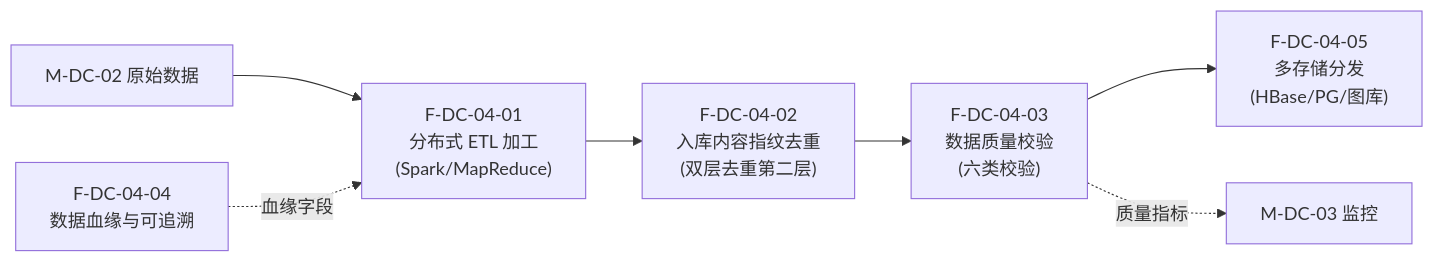
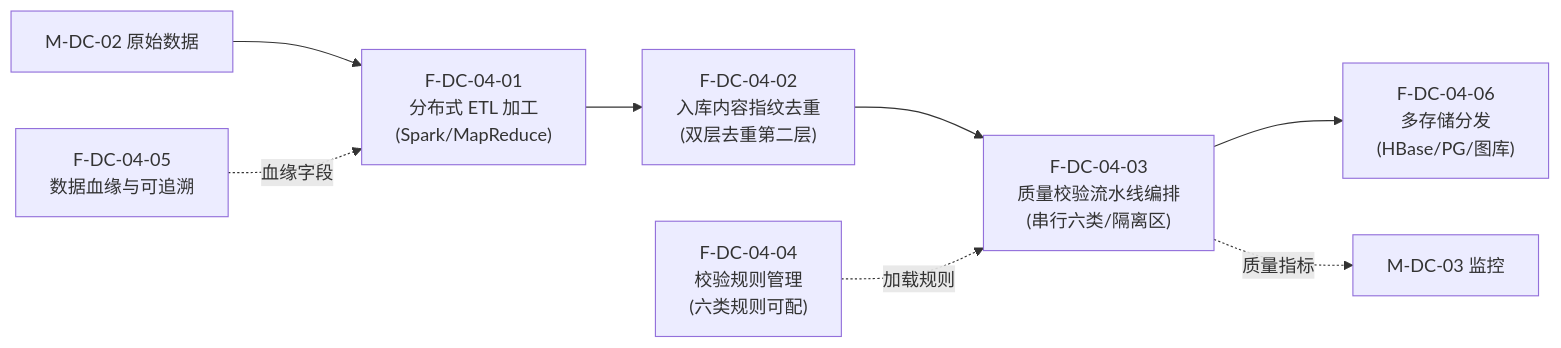
One commit to Sj-g/obsidian changed the seventh of 47 diagrams in 公司项目/认知作战/文档/软件概要设计-架构图.md. Above: the diagram before and after it, drawn with Mermaid. The commit also changed other lines of this file and 2 other files, not shown here.

````diff
--- a/公司项目/认知作战/文档/软件概要设计-架构图.md
+++ b/公司项目/认知作战/文档/软件概要设计-架构图.md
@@ -215,13 +217,15 @@
 ```mermaid
 flowchart LR
     F0401["F-DC-04-01<br/>分布式 ETL 加工<br/>(Spark/MapReduce)"]
     F0402["F-DC-04-02<br/>入库内容指纹去重<br/>(双层去重第二层)"]
-    F0403["F-DC-04-03<br/>数据质量校验<br/>(六类校验)"]
-    F0404["F-DC-04-04<br/>数据血缘与可追溯"]
-    F0405["F-DC-04-05<br/>多存储分发<br/>(HBase/PG/图库)"]
+    F0403["F-DC-04-03<br/>质量校验流水线编排<br/>(串行六类/隔离区)"]
+    F0404["F-DC-04-04<br/>校验规则管理<br/>(六类规则可配)"]
+    F0405["F-DC-04-05<br/>数据血缘与可追溯"]
+    F0406["F-DC-04-06<br/>多存储分发<br/>(HBase/PG/图库)"]
 
     EXT["M-DC-02 原始数据"] --> F0401
-    F0401 --> F0402 --> F0403 --> F0405
-    F0404 -.->|"血缘字段"| F0401
+    F0401 --> F0402 --> F0403 --> F0406
+    F0404 -.->|"加载规则"| F0403
+    F0405 -.->|"血缘字段"| F0401
     F0403 -.->|"质量指标"| EXT2["M-DC-03 监控"]
 ```
````
